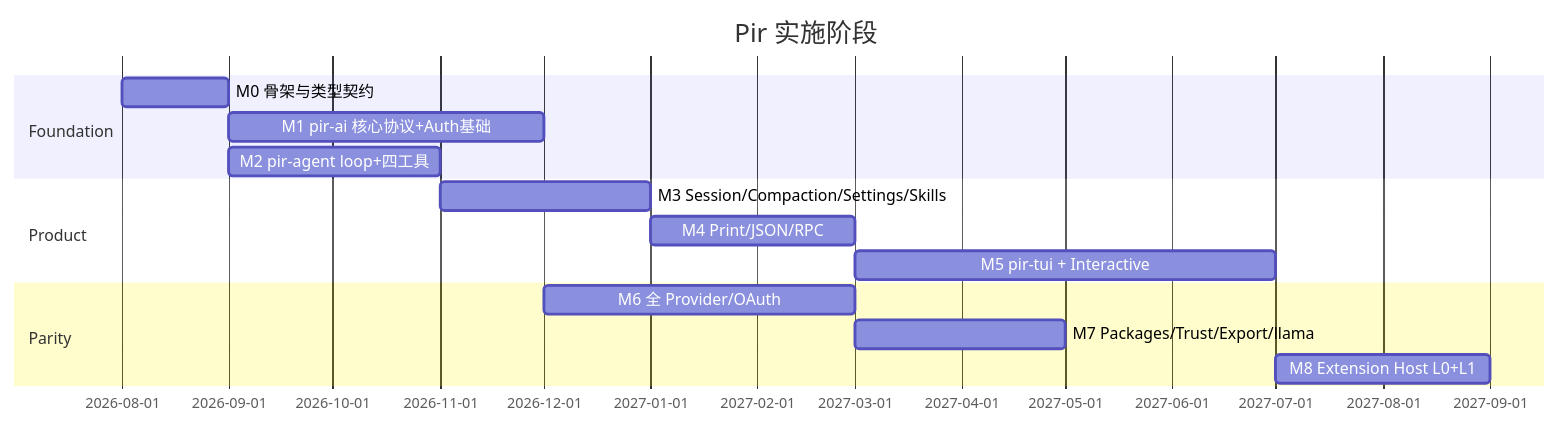
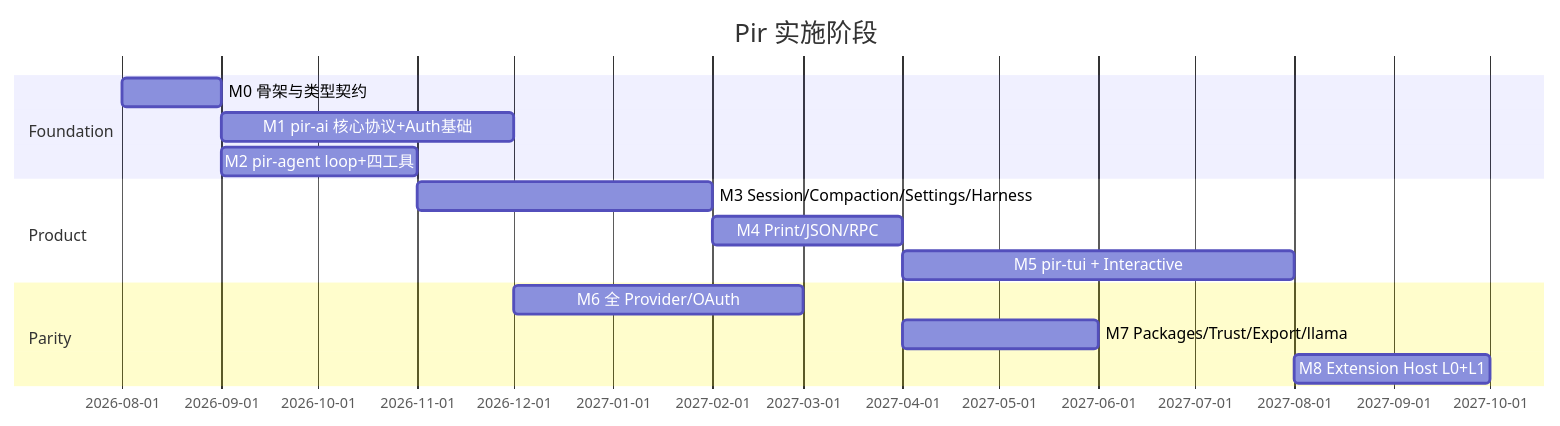
The second of 2 diagrams in docs/02-design.md (revpidev/rpi), drawn with Mermaid before and after one commit. The commit also changed other lines of this file and 21 other files, not shown here.

````diff
--- a/docs/02-design.md
+++ b/docs/02-design.md
@@ -482,17 +568,17 @@
 ```mermaid
 gantt
   title Pir 实施阶段
   dateFormat  YYYY-MM
   section Foundation
   M0 骨架与类型契约           :m0, 2026-08, 1M
   M1 pir-ai 核心协议+Auth基础 :m1, after m0, 3M
   M2 pir-agent loop+四工具    :m2, after m0, 2M
   section Product
-  M3 Session/Compaction/Settings/Skills :m3, after m2, 2M
+  M3 Session/Compaction/Settings/Harness :m3, after m2, 3M
   M4 Print/JSON/RPC           :m4, after m3, 2M
   M5 pir-tui + Interactive    :m5, after m4, 4M
   section Parity
   M6 全 Provider/OAuth        :m6, after m1, 3M
   M7 Packages/Trust/Export/llama :m7, after m4, 2M
   M8 Extension Host L0+L1     :m8, after m5, 2M
 ```
````
